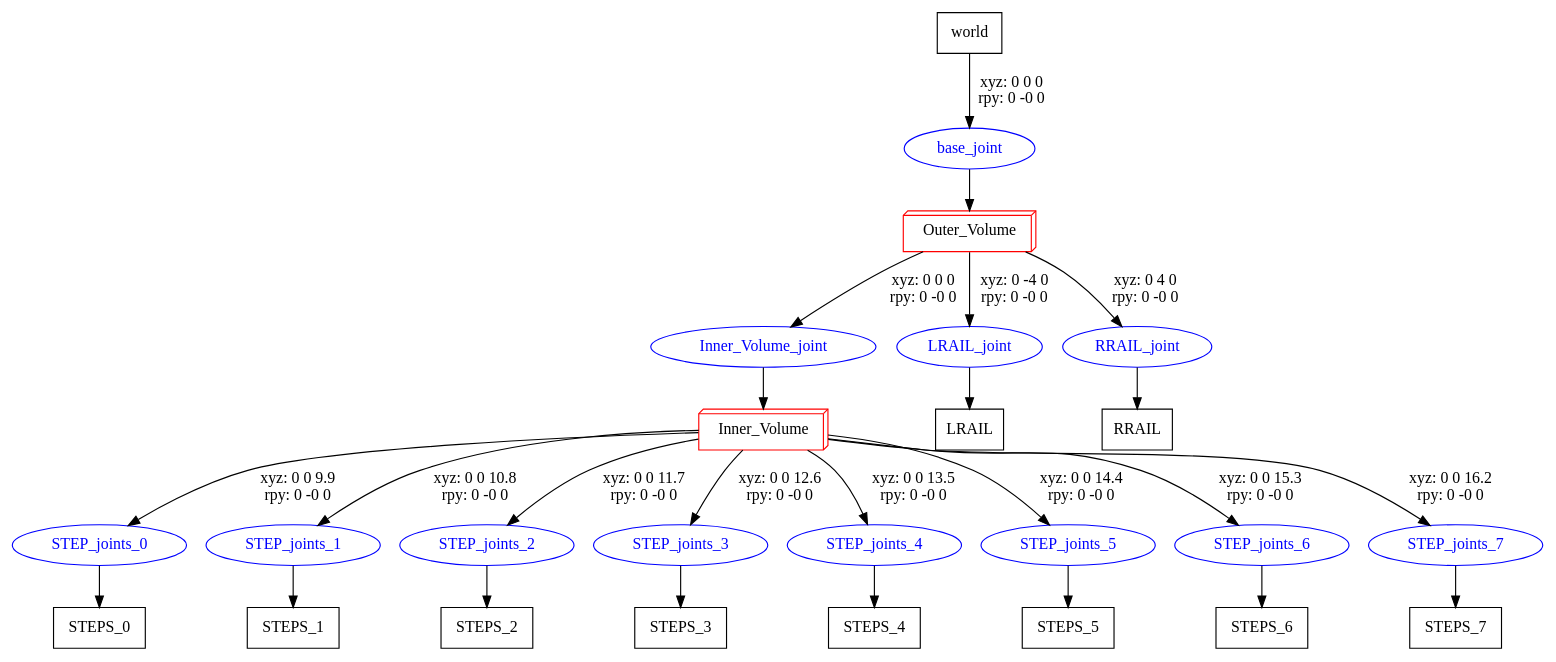
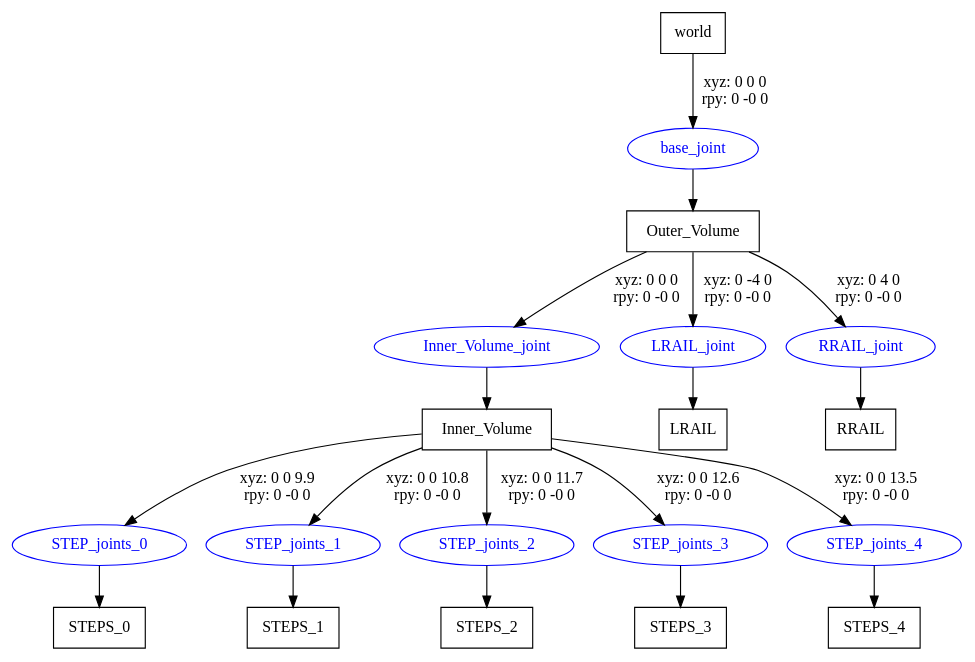
The diagram in software/object_template_model/Ladder1.gv (openhumanoids/oh-distro), drawn with Graphviz before and after one commit. The commit also changed 4 other files, not shown here.

```diff
--- a/software/object_template_model/Ladder1.gv
+++ b/software/object_template_model/Ladder1.gv
@@ -1,42 +1,32 @@
 digraph G {
 node [shape=box];
 "world" [label="world"];
+"Outer_Volume" [label="Outer_Volume"];
+"Inner_Volume" [label="Inner_Volume"];
 "STEPS_0" [label="STEPS_0"];
 "STEPS_1" [label="STEPS_1"];
 "STEPS_2" [label="STEPS_2"];
 "STEPS_3" [label="STEPS_3"];
 "STEPS_4" [label="STEPS_4"];
-"STEPS_5" [label="STEPS_5"];
-"STEPS_6" [label="STEPS_6"];
-"STEPS_7" [label="STEPS_7"];
 "LRAIL" [label="LRAIL"];
 "RRAIL" [label="RRAIL"];
-node [shape=box3d,  color=red];
-"Outer_Volume" [label="Outer_Volume"];
-"Inner_Volume" [label="Inner_Volume"];
 node [shape=ellipse, color=blue, fontcolor=blue];
 "world" -> "base_joint" [label="xyz: 0 0 0 \nrpy: 0 -0 0"]
 "base_joint" -> "Outer_Volume"
 "Outer_Volume" -> "Inner_Volume_joint" [label="xyz: 0 0 0 \nrpy: 0 -0 0"]
 "Inner_Volume_joint" -> "Inner_Volume"
 "Inner_Volume" -> "STEP_joints_0" [label="xyz: 0 0 9.9 \nrpy: 0 -0 0"]
 "STEP_joints_0" -> "STEPS_0"
 "Inner_Volume" -> "STEP_joints_1" [label="xyz: 0 0 10.8 \nrpy: 0 -0 0"]
 "STEP_joints_1" -> "STEPS_1"
 "Inner_Volume" -> "STEP_joints_2" [label="xyz: 0 0 11.7 \nrpy: 0 -0 0"]
 "STEP_joints_2" -> "STEPS_2"
 "Inner_Volume" -> "STEP_joints_3" [label="xyz: 0 0 12.6 \nrpy: 0 -0 0"]
 "STEP_joints_3" -> "STEPS_3"
 "Inner_Volume" -> "STEP_joints_4" [label="xyz: 0 0 13.5 \nrpy: 0 -0 0"]
 "STEP_joints_4" -> "STEPS_4"
-"Inner_Volume" -> "STEP_joints_5" [label="xyz: 0 0 14.4 \nrpy: 0 -0 0"]
-"STEP_joints_5" -> "STEPS_5"
-"Inner_Volume" -> "STEP_joints_6" [label="xyz: 0 0 15.3 \nrpy: 0 -0 0"]
-"STEP_joints_6" -> "STEPS_6"
-"Inner_Volume" -> "STEP_joints_7" [label="xyz: 0 0 16.2 \nrpy: 0 -0 0"]
-"STEP_joints_7" -> "STEPS_7"
 "Outer_Volume" -> "LRAIL_joint" [label="xyz: 0 -4 0 \nrpy: 0 -0 0"]
 "LRAIL_joint" -> "LRAIL"
 "Outer_Volume" -> "RRAIL_joint" [label="xyz: 0 4 0 \nrpy: 0 -0 0"]
 "RRAIL_joint" -> "RRAIL"
 }
```
